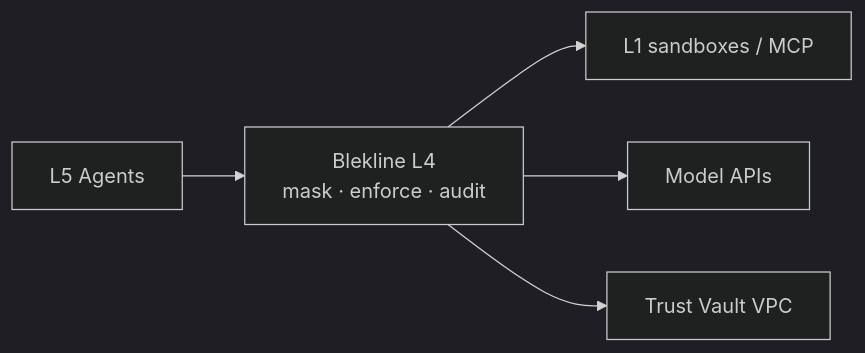
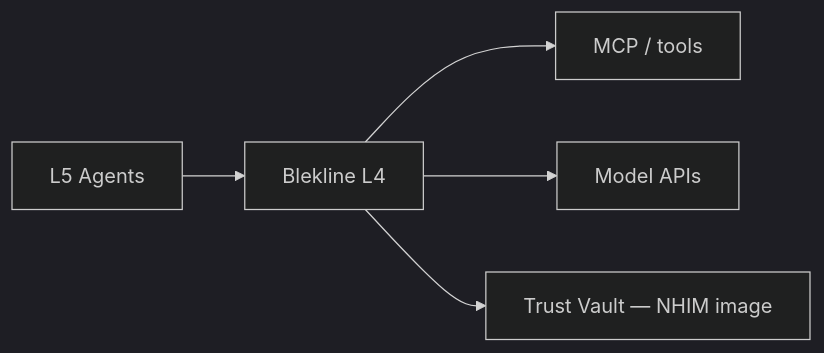
Before and after one commit to Blekline/blekline-oss: the diagram in README.md, drawn with Mermaid (dark theme). The commit also changed other lines of this file and 61 other files, not shown here.

First line of the commit message:
Platform eval OSS — README, nhim-audit 0.1.1, reference sidecar (#16)

````diff
--- a/README.md
+++ b/README.md
@@ -126,7 +134,7 @@
 ```mermaid
 flowchart LR
-  L5[L5 Agents] --> L4[Blekline L4<br/>mask · enforce · audit]
-  L4 --> L1[L1 sandboxes / MCP]
+  Agents[L5 Agents] --> L4[Blekline L4]
+  L4 --> MCP[MCP / tools]
   L4 --> Models[Model APIs]
-  L4 --> Vault[Trust Vault VPC]
+  L4 --> Vault[Trust Vault — NHIM image]
 ```
````
